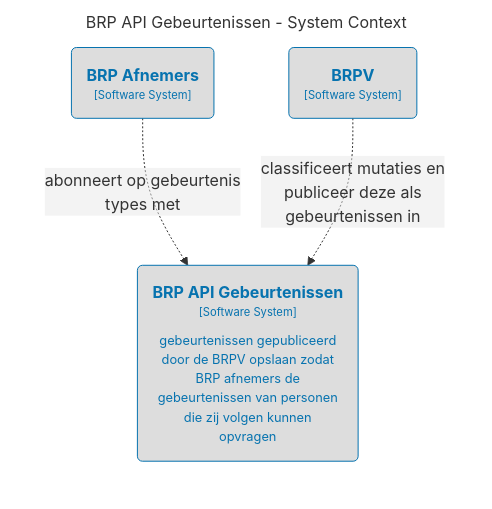
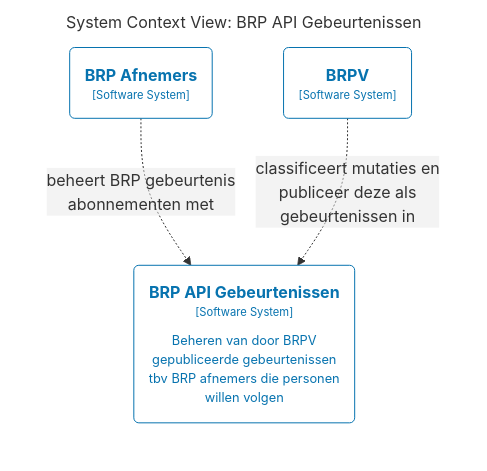
One commit to BRP-API/brp-api-gebeurtenissen changed the diagram in architectuur/system-context.md. Above: the diagram before and after it, drawn with Mermaid. The commit also changed 1 other file, not shown here.

Commit message:
chore: mermaid varianten gegenereerd

````diff
--- a/architectuur/system-context.md
+++ b/architectuur/system-context.md
@@ -1,18 +1,19 @@
 ```mermaid
 graph LR
   linkStyle default fill:#ffffff
 
-  subgraph diagram ["BRP API Gebeurtenissen - System Context"]
+  subgraph diagram ["System Context View: BRP API Gebeurtenissen"]
     style diagram fill:#ffffff,stroke:#ffffff
 
     1("<div style='font-weight: bold'>BRPV</div><div style='font-size: 70%; margin-top: 0px'>[Software System]</div>")
-    style 1 fill:#dddddd,stroke:#0773af,color:#0773af
-    10("<div style='font-weight: bold'>BRP Afnemers</div><div style='font-size: 70%; margin-top: 0px'>[Software System]</div>")
-    style 10 fill:#dddddd,stroke:#0773af,color:#0773af
-    2("<div style='font-weight: bold'>BRP API Gebeurtenissen</div><div style='font-size: 70%; margin-top: 0px'>[Software System]</div><div style='font-size: 80%; margin-top:10px'>gebeurtenissen gepubliceerd<br />door de BRPV opslaan zodat<br />BRP afnemers de<br />gebeurtenissen van personen<br />die zij volgen kunnen<br />opvragen</div>")
-    style 2 fill:#dddddd,stroke:#0773af,color:#0773af
+    style 1 fill:#ffffff,stroke:#0773af,color:#0773af
+    14("<div style='font-weight: bold'>BRP Afnemers</div><div style='font-size: 70%; margin-top: 0px'>[Software System]</div>")
+    style 14 fill:#ffffff,stroke:#0773af,color:#0773af
+    2("<div style='font-weight: bold'>BRP API Gebeurtenissen</div><div style='font-size: 70%; margin-top: 0px'>[Software System]</div><div style='font-size: 80%; margin-top:10px'>Beheren van door BRPV<br />gepubliceerde gebeurtenissen<br />tbv BRP afnemers die personen<br />willen volgen</div>")
+    style 2 fill:#ffffff,stroke:#0773af,color:#0773af
 
-    10-. "<div>abonneert op gebeurtenis<br />types met</div><div style='font-size: 70%'></div>" .->2
+    14-. "<div>beheert BRP gebeurtenis<br />abonnementen met</div><div style='font-size: 70%'></div>" .->2
     1-. "<div>classificeert mutaties en<br />publiceer deze als<br />gebeurtenissen in</div><div style='font-size: 70%'></div>" .->2
+
   end
 ```
````
